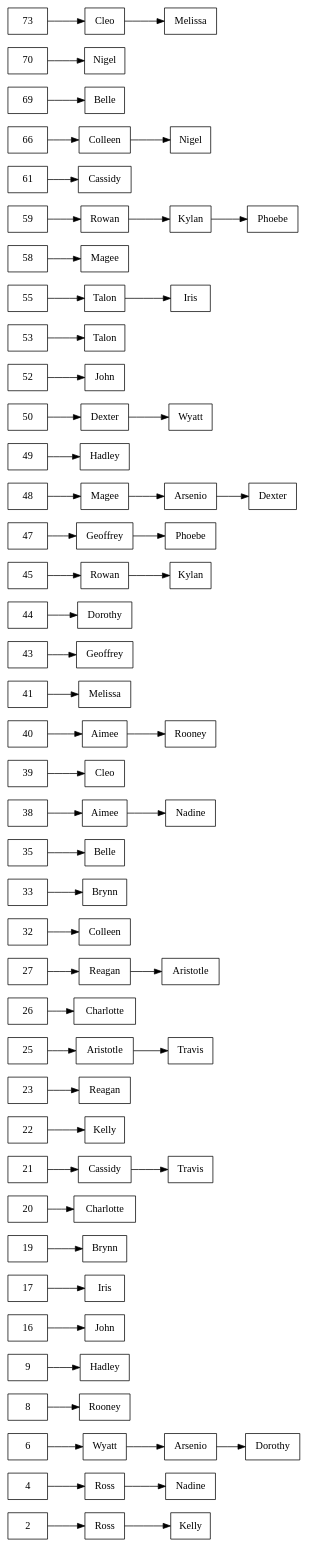
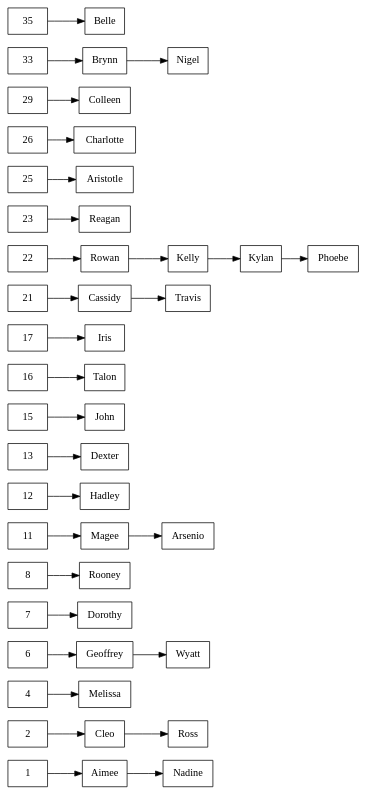
The diagram in Clientes.dot (SergioUnix/EDD_Proyecto2_Junio_2020), drawn with Graphviz before and after one commit. The commit also changed 13 other files, not shown here.

```diff
--- a/Clientes.dot
+++ b/Clientes.dot
@@ -1,158 +1,81 @@
 digraph DoublyCList {
 node[shape=box];
-rankdir=LR;"2";
+rankdir=LR;"1";
+"4255040741108"[label ="Aimee"];
+"8881189800232"[label ="Nadine"];
+"4255040741108"->"8881189800232";
+1->"4255040741108";
+"2";
+"7176750467119"[label ="Cleo"];
 "8197907665334"[label ="Ross"];
-"8145085954882"[label ="Kelly"];
-"8197907665334"->"8145085954882";
-2->"8197907665334";
+"7176750467119"->"8197907665334";
+2->"7176750467119";
 "4";
-"8199907665334"[label ="Ross"];
-"8884189800232"[label ="Nadine"];
-"8199907665334"->"8884189800232";
-4->"8199907665334";
+"6169192041447"[label ="Melissa"];
+4->"6169192041447";
 "6";
+"345056202069"[label ="Geoffrey"];
 "2707968240198"[label ="Wyatt"];
-"2214856202804"[label ="Arsenio"];
-"975166618282"[label ="Dorothy"];
-"2707968240198"->"2214856202804";
-"2214856202804"->"975166618282";
-6->"2707968240198";
+"345056202069"->"2707968240198";
+6->"345056202069";
+"7";
+"976166618282"[label ="Dorothy"];
+7->"976166618282";
 "8";
 "9283511284586"[label ="Rooney"];
 8->"9283511284586";
-"9";
-"4504584236457"[label ="Hadley"];
-9->"4504584236457";
+"11";
+"5930296786658"[label ="Magee"];
+"2219856202804"[label ="Arsenio"];
+"5930296786658"->"2219856202804";
+11->"5930296786658";
+"12";
+"4507584236457"[label ="Hadley"];
+12->"4507584236457";
+"13";
+"6877404823974"[label ="Dexter"];
+13->"6877404823974";
+"15";
+"676393056444"[label ="John"];
+15->"676393056444";
 "16";
-"677393056444"[label ="John"];
-16->"677393056444";
+"1010122545337"[label ="Talon"];
+16->"1010122545337";
 "17";
 "372451820261"[label ="Iris"];
 17->"372451820261";
-"19";
-"4680999737485"[label ="Brynn"];
-19->"4680999737485";
-"20";
-"9313081738396"[label ="Charlotte"];
-20->"9313081738396";
 "21";
 "8552640378145"[label ="Cassidy"];
 "5094625203685"[label ="Travis"];
 "8552640378145"->"5094625203685";
 21->"8552640378145";
 "22";
+"2806407299839"[label ="Rowan"];
 "8165085954882"[label ="Kelly"];
-22->"8165085954882";
+"2987027347435"[label ="Kylan"];
+"8242750632869"[label ="Phoebe"];
+"2806407299839"->"8165085954882";
+"8165085954882"->"2987027347435";
+"2987027347435"->"8242750632869";
+22->"2806407299839";
 "23";
 "1580564721155"[label ="Reagan"];
 23->"1580564721155";
 "25";
 "2509410769259"[label ="Aristotle"];
-"5098625203685"[label ="Travis"];
-"2509410769259"->"5098625203685";
 25->"2509410769259";
 "26";
 "9393081738396"[label ="Charlotte"];
 26->"9393081738396";
-"27";
-"1584564721155"[label ="Reagan"];
-"250710769259"[label ="Aristotle"];
-"1584564721155"->"250710769259";
-27->"1584564721155";
-"32";
-"8026423332982"[label ="Colleen"];
-32->"8026423332982";
+"29";
+"8023423332982"[label ="Colleen"];
+29->"8023423332982";
 "33";
 "4620999737485"[label ="Brynn"];
+"9674433555064"[label ="Nigel"];
+"4620999737485"->"9674433555064";
 33->"4620999737485";
 "35";
 "1357137121751"[label ="Belle"];
 35->"1357137121751";
-"38";
-"4255040741108"[label ="Aimee"];
-"8881189800232"[label ="Nadine"];
-"4255040741108"->"8881189800232";
-38->"4255040741108";
-"39";
-"7176750467119"[label ="Cleo"];
-39->"7176750467119";
-"40";
-"4257040741108"[label ="Aimee"];
-"9278511284586"[label ="Rooney"];
-"4257040741108"->"9278511284586";
-40->"4257040741108";
-"41";
-"6169192041447"[label ="Melissa"];
-41->"6169192041447";
-"43";
-"345056202069"[label ="Geoffrey"];
-43->"345056202069";
-"44";
-"976166618282"[label ="Dorothy"];
-44->"976166618282";
-"45";
-"2866407299839"[label ="Rowan"];
-"2987827347435"[label ="Kylan"];
-"2866407299839"->"2987827347435";
-45->"2866407299839";
-"47";
-"349056202069"[label ="Geoffrey"];
-"82489750632869"[label ="Phoebe"];
-"349056202069"->"82489750632869";
-47->"349056202069";
-"48";
-"5930296786658"[label ="Magee"];
-"2219856202804"[label ="Arsenio"];
-"6875404823974"[label ="Dexter"];
-"5930296786658"->"2219856202804";
-"2219856202804"->"6875404823974";
-48->"5930296786658";
-"49";
-"4507584236457"[label ="Hadley"];
-49->"4507584236457";
-"50";
-"6877404823974"[label ="Dexter"];
-"2788968240198"[label ="Wyatt"];
-"6877404823974"->"2788968240198";
-50->"6877404823974";
-"52";
-"676393056444"[label ="John"];
-52->"676393056444";
-"53";
-"1010122545337"[label ="Talon"];
-53->"1010122545337";
-"55";
-"1012122545337"[label ="Talon"];
-"373451820261"[label ="Iris"];
-"1012122545337"->"373451820261";
-55->"1012122545337";
-"58";
-"5940296786658"[label ="Magee"];
-58->"5940296786658";
-"59";
-"2806407299839"[label ="Rowan"];
-"2987027347435"[label ="Kylan"];
-"8242750632869"[label ="Phoebe"];
-"2806407299839"->"2987027347435";
-"2987027347435"->"8242750632869";
-59->"2806407299839";
-"61";
-"8592640378145"[label ="Cassidy"];
-61->"8592640378145";
-"66";
-"8023423332982"[label ="Colleen"];
-"9633433555064"[label ="Nigel"];
-"8023423332982"->"9633433555064";
-66->"8023423332982";
-"69";
-"1354137121751"[label ="Belle"];
-69->"1354137121751";
-"70";
-"9674433555064"[label ="Nigel"];
-70->"9674433555064";
-"73";
-"7136750467119"[label ="Cleo"];
-"6164192041447"[label ="Melissa"];
-"7136750467119"->"6164192041447";
-73->"7136750467119";
 }
```
